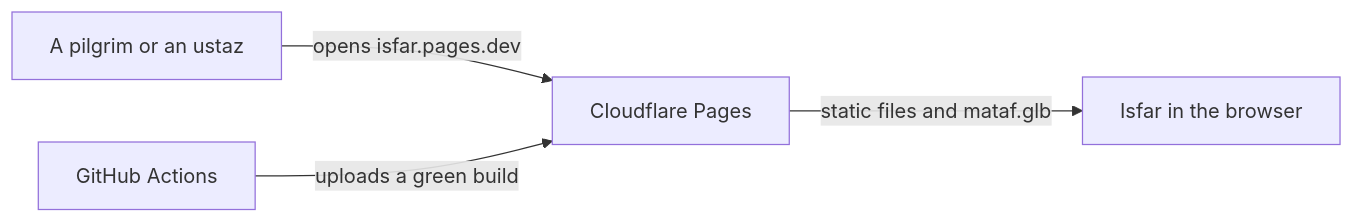
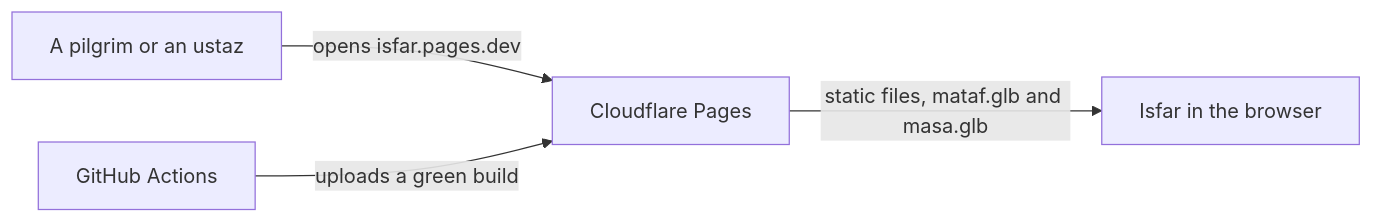
The first of 2 diagrams in docs/ARCHITECTURE.md (dzaffren/isfar), drawn with Mermaid before and after one commit. The commit also changed other lines of this file and 34 other files, not shown here.

````diff
--- a/docs/ARCHITECTURE.md
+++ b/docs/ARCHITECTURE.md
@@ -7,6 +7,6 @@
 ```mermaid
 flowchart LR
     PERSON[A pilgrim or an ustaz] -- "opens isfar.pages.dev" --> CF[Cloudflare Pages]
-    CF -- "static files and mataf.glb" --> SITE[Isfar in the browser]
+    CF -- "static files, mataf.glb and masa.glb" --> SITE[Isfar in the browser]
     GH[GitHub Actions] -- "uploads a green build" --> CF
 ```
````
